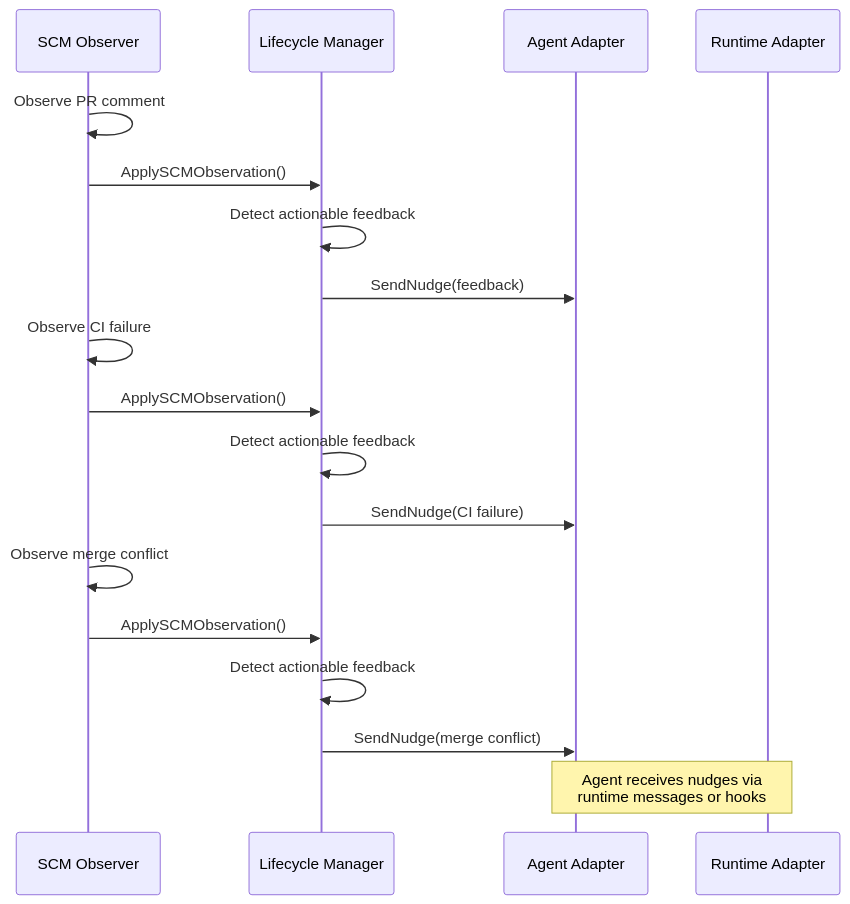
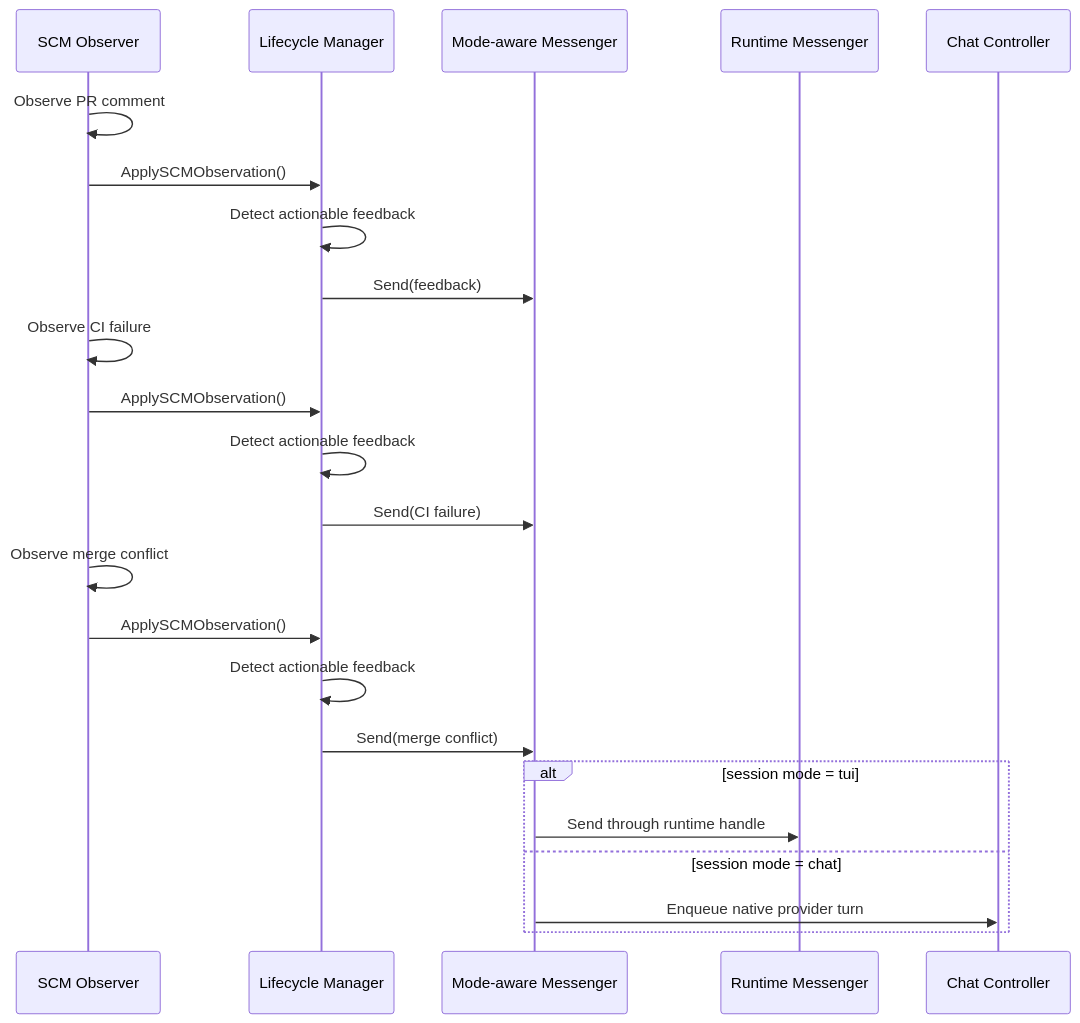
One commit to AronPerez/agent-orchestrator changed the tenth of 24 diagrams in docs/architecture.md. Above: the diagram before and after it, drawn with Mermaid. The commit also changed other lines of this file and 744 other files, not shown here.

````diff
--- a/docs/architecture.md
+++ b/docs/architecture.md
@@ -314,24 +411,29 @@
 ```mermaid
 sequenceDiagram
     participant SCM as SCM Observer
     participant LCM as Lifecycle Manager
-    participant Agent as Agent Adapter
-    participant Runtime as Runtime Adapter
+    participant Dispatch as Mode-aware Messenger
+    participant TUI as Runtime Messenger
+    participant Chat as Chat Controller
 
     SCM->>SCM: Observe PR comment
     SCM->>LCM: ApplySCMObservation()
     LCM->>LCM: Detect actionable feedback
-    LCM->>Agent: SendNudge(feedback)
+    LCM->>Dispatch: Send(feedback)
 
     SCM->>SCM: Observe CI failure
     SCM->>LCM: ApplySCMObservation()
     LCM->>LCM: Detect actionable feedback
-    LCM->>Agent: SendNudge(CI failure)
+    LCM->>Dispatch: Send(CI failure)
 
     SCM->>SCM: Observe merge conflict
     SCM->>LCM: ApplySCMObservation()
     LCM->>LCM: Detect actionable feedback
-    LCM->>Agent: SendNudge(merge conflict)
+    LCM->>Dispatch: Send(merge conflict)
 
-    Note over Agent,Runtime: Agent receives nudges via<br/>runtime messages or hooks
+    alt session mode = tui
+        Dispatch->>TUI: Send through runtime handle
+    else session mode = chat
+        Dispatch->>Chat: Enqueue native provider turn
+    end
 ```
````
